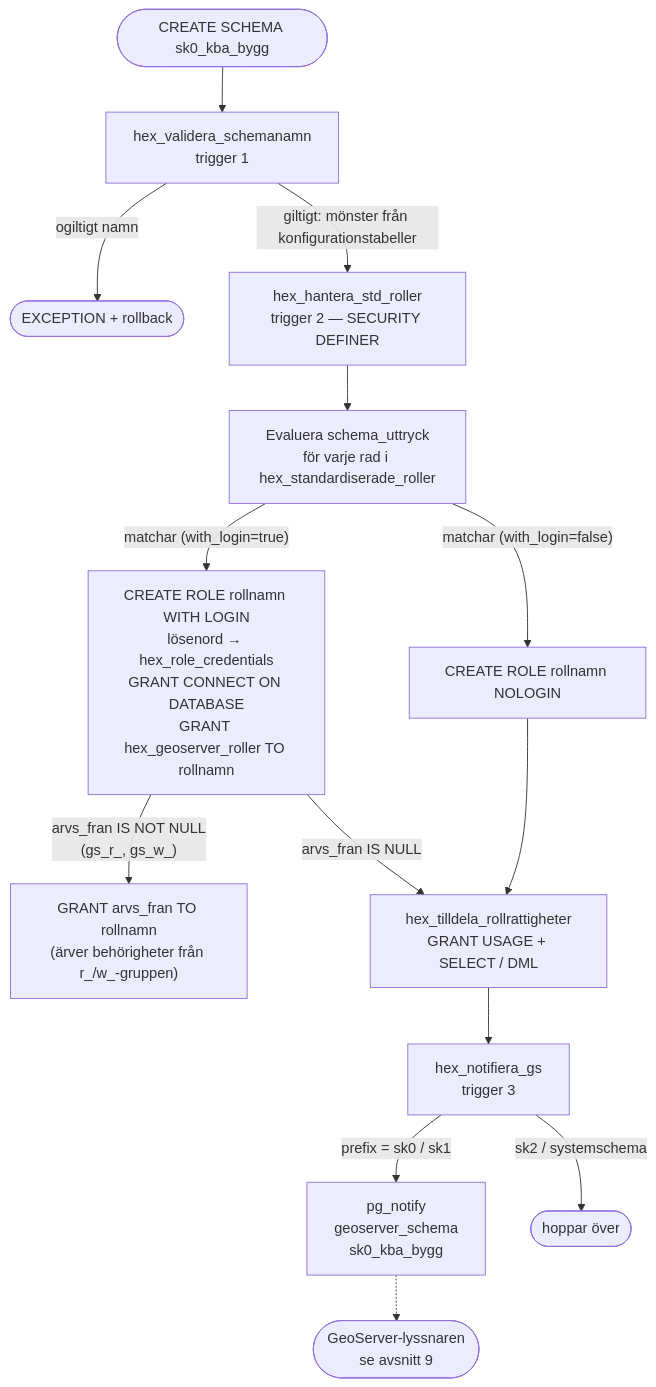
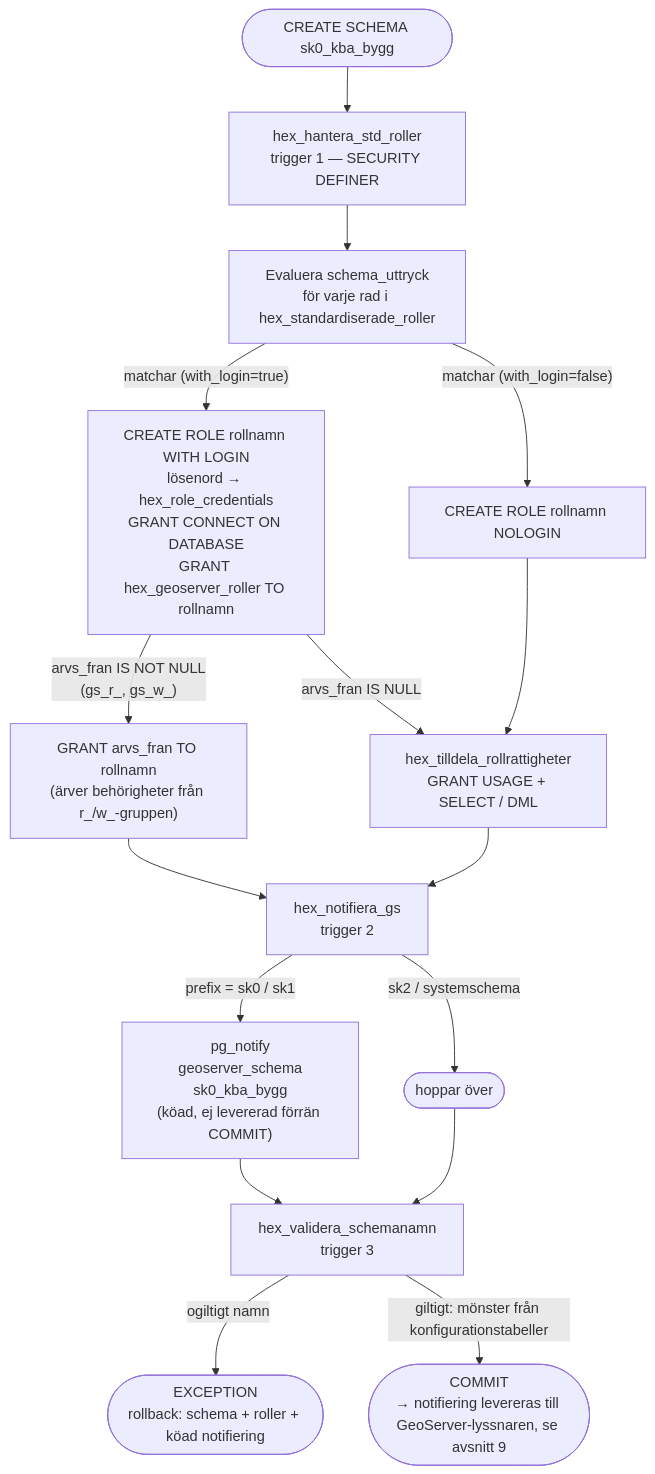
One commit to Geodata-Kungsbacka/Hex changed the second of 9 diagrams in LOGIC_MAP.md. Above: the diagram before and after it, drawn with Mermaid. The commit also changed other lines of this file and 10 other files, not shown here.

````diff
--- a/LOGIC_MAP.md
+++ b/LOGIC_MAP.md
@@ -155,20 +169,26 @@
 ```mermaid
 flowchart TD
     START(["CREATE SCHEMA sk0_kba_bygg"])
-    START --> VS["hex_validera_schemanamn<br/>trigger 1"]
-    VS --> |"ogiltigt namn"| ERRV(["EXCEPTION + rollback"])
-    VS --> |"giltigt: mönster från konfigurationstabeller"| HSR
+    START --> HSR
 
-    HSR["hex_hantera_std_roller<br/>trigger 2 — SECURITY DEFINER"]
+    HSR["hex_hantera_std_roller<br/>trigger 1 — SECURITY DEFINER"]
     HSR --> LOOP["Evaluera schema_uttryck<br/>för varje rad i hex_standardiserade_roller"]
     LOOP --> |"matchar (with_login=true)"| LOGIN["CREATE ROLE rollnamn WITH LOGIN<br/>lösenord → hex_role_credentials<br/>GRANT CONNECT ON DATABASE<br/>GRANT hex_geoserver_roller TO rollnamn"]
     LOOP --> |"matchar (with_login=false)"| NOLOGIN["CREATE ROLE rollnamn NOLOGIN"]
     LOGIN --> |"arvs_fran IS NOT NULL<br/>(gs_r_, gs_w_)"| ARV["GRANT arvs_fran TO rollnamn<br/>(ärver behörigheter från r_/w_-gruppen)"]
     LOGIN --> |"arvs_fran IS NULL"| TRR["hex_tilldela_rollrattigheter<br/>GRANT USAGE + SELECT / DML"]
     NOLOGIN --> TRR
 
-    TRR --> NG["hex_notifiera_gs<br/>trigger 3"]
-    NG --> |"prefix = sk0 / sk1"| NOTIFY["pg_notify<br/>geoserver_schema<br/>sk0_kba_bygg"]
+    TRR --> NG
+    ARV --> NG
+
+    NG["hex_notifiera_gs<br/>trigger 2"]
+    NG --> |"prefix = sk0 / sk1"| NOTIFY["pg_notify<br/>geoserver_schema<br/>sk0_kba_bygg<br/>(köad, ej levererad förrän COMMIT)"]
     NG --> |"sk2 / systemschema"| SKIP(["hoppar över"])
-    NOTIFY -.-> GS(["GeoServer-lyssnaren<br/>se avsnitt 9"])
+    NOTIFY --> VS
+    SKIP --> VS
+
+    VS["hex_validera_schemanamn<br/>trigger 3"]
+    VS --> |"ogiltigt namn"| ERRV(["EXCEPTION<br/>rollback: schema + roller + köad notifiering"])
+    VS --> |"giltigt: mönster från konfigurationstabeller"| DONE(["COMMIT<br/>→ notifiering levereras till GeoServer-lyssnaren, se avsnitt 9"])
 ```
````
